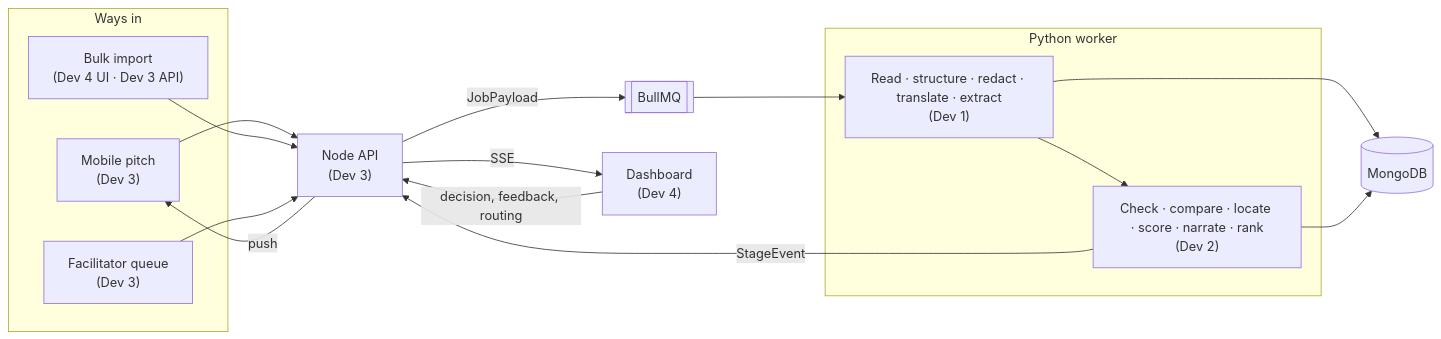
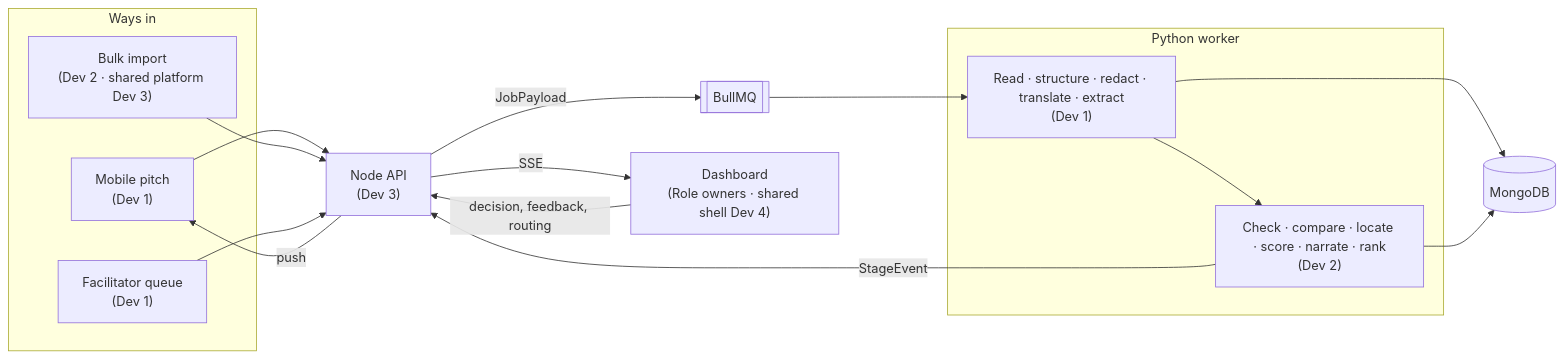
Before and after one commit to VyomVyas4765/PitchPrism: the first of 6 diagrams in docs/flow.md, drawn with Mermaid. The commit also changed other lines of this file and 109 other files, not shown here.

````diff
--- a/docs/flow.md
+++ b/docs/flow.md
@@ -13,26 +17,26 @@
 ```mermaid
 flowchart LR
     subgraph IN["Ways in"]
-        M["Mobile pitch<br/>(Dev 3)"]
-        B["Bulk import<br/>(Dev 4 UI · Dev 3 API)"]
-        F["Facilitator queue<br/>(Dev 3)"]
+        M["Mobile pitch<br/>(Dev 1)"]
+        B["Bulk import<br/>(Dev 2 · shared platform Dev 3)"]
+        F["Facilitator queue<br/>(Dev 1)"]
     end
     API["Node API<br/>(Dev 3)"]
     Q[["BullMQ"]]
     subgraph W["Python worker"]
         R["Read · structure · redact · translate · extract<br/>(Dev 1)"]
         I["Check · compare · locate · score · narrate · rank<br/>(Dev 2)"]
     end
     DB[("MongoDB")]
-    WEB["Dashboard<br/>(Dev 4)"]
+    WEB["Dashboard<br/>(Role owners · shared shell Dev 4)"]
     M --> API
     B --> API
     F --> API
     API -->|"JobPayload"| Q --> R --> I
     R --> DB
     I --> DB
     I -->|"StageEvent"| API
     API -->|"SSE"| WEB
     API -->|"push"| M
     WEB -->|"decision, feedback, routing"| API
 ```
````
